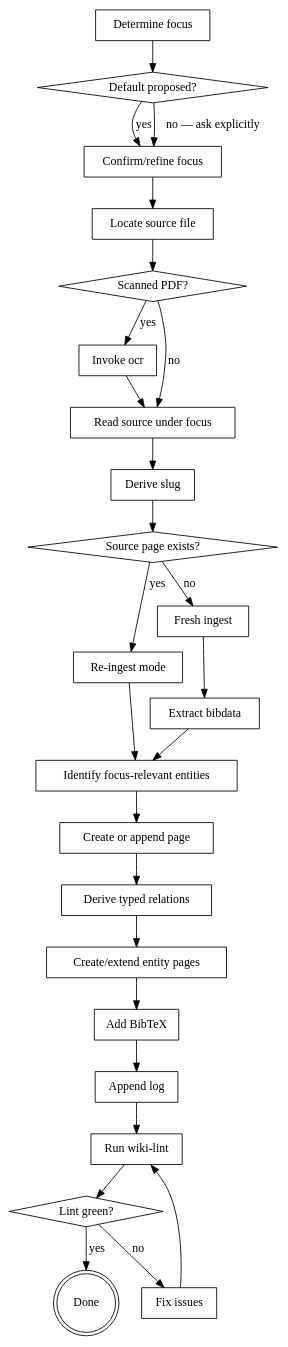
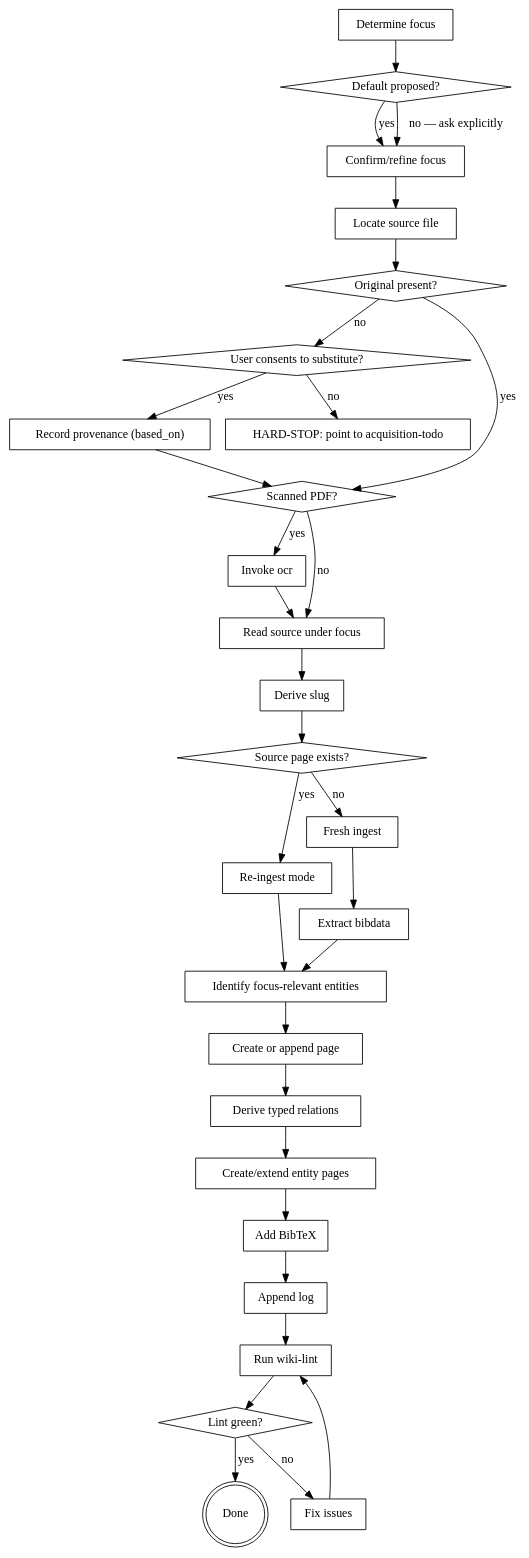
One commit to leiverkus/research-superpowers changed the diagram in skills/ingest-source/SKILL.md. Above: the diagram before and after it, drawn with Graphviz. The commit also changed other lines of this file and 19 other files, not shown here.

First line of the commit message:
feat: acquire-sources phase + ingest hard-stop on missing original

````diff
--- a/skills/ingest-source/SKILL.md
+++ b/skills/ingest-source/SKILL.md
@@ -90,52 +114,61 @@
 ```dot
 digraph ingest {
     "Determine focus" [shape=box];
     "Default proposed?" [shape=diamond];
     "Confirm/refine focus" [shape=box];
     "Locate source file" [shape=box];
+    "Original present?" [shape=diamond];
+    "HARD-STOP: point to acquisition-todo" [shape=box];
+    "User consents to substitute?" [shape=diamond];
+    "Record provenance (based_on)" [shape=box];
     "Scanned PDF?" [shape=diamond];
     "Invoke ocr" [shape=box];
     "Read source under focus" [shape=box];
     "Derive slug" [shape=box];
     "Source page exists?" [shape=diamond];
     "Re-ingest mode" [shape=box];
     "Fresh ingest" [shape=box];
     "Extract bibdata" [shape=box];
     "Identify focus-relevant entities" [shape=box];
     "Create or append page" [shape=box];
     "Derive typed relations" [shape=box];
     "Create/extend entity pages" [shape=box];
     "Add BibTeX" [shape=box];
     "Append log" [shape=box];
     "Run wiki-lint" [shape=box];
     "Lint green?" [shape=diamond];
     "Fix issues" [shape=box];
     "Done" [shape=doublecircle];
 
     "Determine focus" -> "Default proposed?";
     "Default proposed?" -> "Confirm/refine focus" [label="yes"];
     "Default proposed?" -> "Confirm/refine focus" [label="no — ask explicitly"];
     "Confirm/refine focus" -> "Locate source file";
-    "Locate source file" -> "Scanned PDF?";
+    "Locate source file" -> "Original present?";
+    "Original present?" -> "Scanned PDF?" [label="yes"];
+    "Original present?" -> "User consents to substitute?" [label="no"];
+    "User consents to substitute?" -> "HARD-STOP: point to acquisition-todo" [label="no"];
+    "User consents to substitute?" -> "Record provenance (based_on)" [label="yes"];
+    "Record provenance (based_on)" -> "Scanned PDF?";
     "Scanned PDF?" -> "Invoke ocr" [label="yes"];
     "Scanned PDF?" -> "Read source under focus" [label="no"];
     "Invoke ocr" -> "Read source under focus";
     "Read source under focus" -> "Derive slug";
     "Derive slug" -> "Source page exists?";
     "Source page exists?" -> "Re-ingest mode" [label="yes"];
     "Source page exists?" -> "Fresh ingest" [label="no"];
     "Fresh ingest" -> "Extract bibdata";
     "Re-ingest mode" -> "Identify focus-relevant entities";
     "Extract bibdata" -> "Identify focus-relevant entities";
     "Identify focus-relevant entities" -> "Create or append page";
     "Create or append page" -> "Derive typed relations";
     "Derive typed relations" -> "Create/extend entity pages";
     "Create/extend entity pages" -> "Add BibTeX";
     "Add BibTeX" -> "Append log";
     "Append log" -> "Run wiki-lint";
     "Run wiki-lint" -> "Lint green?";
     "Lint green?" -> "Fix issues" [label="no"];
     "Fix issues" -> "Run wiki-lint";
     "Lint green?" -> "Done" [label="yes"];
 }
 ```
````
